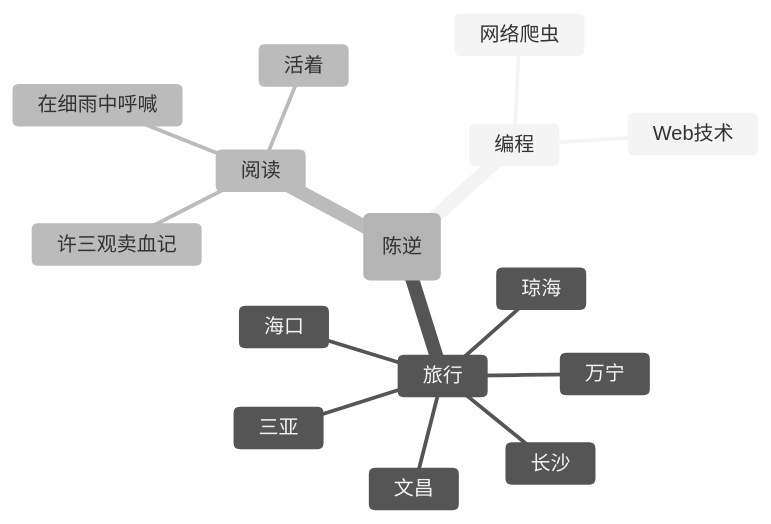
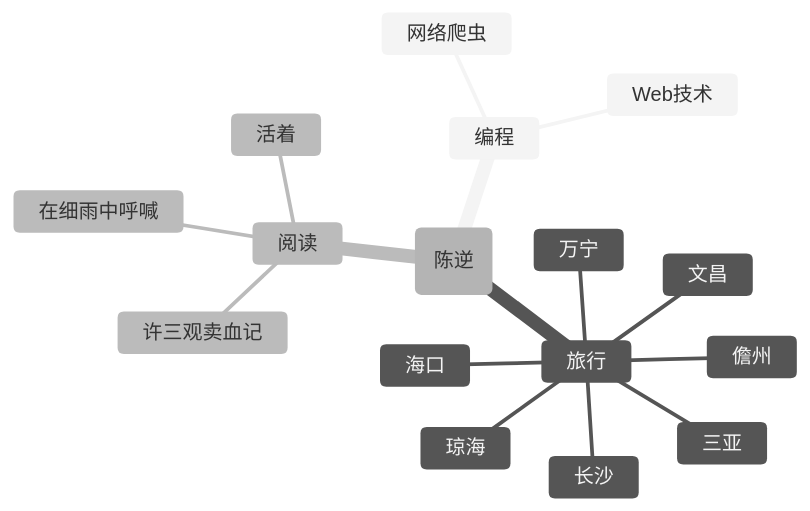
One commit to qichenxiaoni/qichenxiaoni changed the diagram in README.md. Above: the diagram before and after it, drawn with Mermaid (neutral theme).

````diff
--- a/README.md
+++ b/README.md
@@ -165,18 +165,19 @@
 ```mermaid
 mindmap
     root(陈逆)
         编程
             Web技术
             网络爬虫
         旅行
             海口
             长沙
             文昌
             万宁
             琼海
             三亚
+            儋州
         阅读
             活着
             在细雨中呼喊
             许三观卖血记
 ```
````
